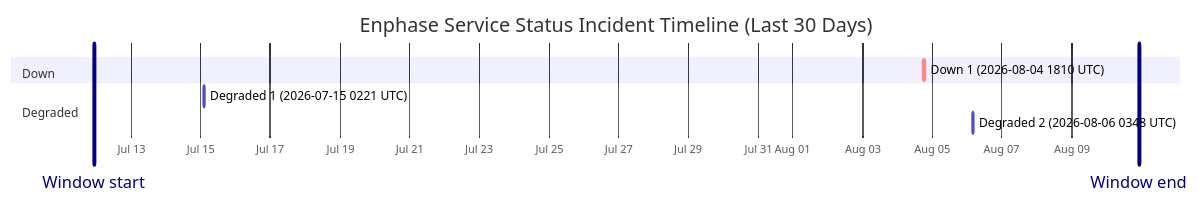
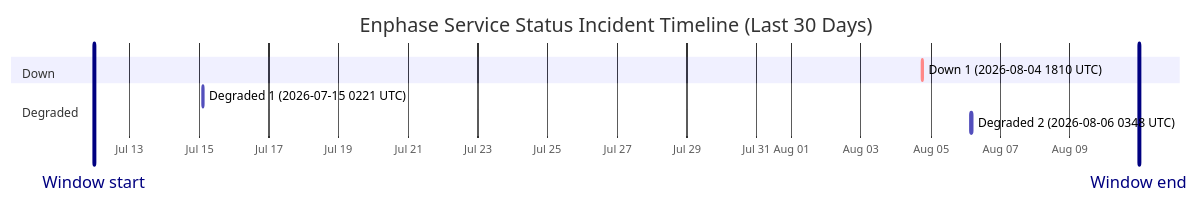
Before and after one commit to barneyonline/ha-enphase-energy: the diagram in wiki/Service-Status-History.md, drawn with Mermaid. The commit also changed other lines of this file and 3 other files, not shown here.

````diff
--- a/wiki/Service-Status-History.md
+++ b/wiki/Service-Status-History.md
@@ -14,13 +14,13 @@
 ```mermaid
 gantt
     title Enphase Service Status Incident Timeline (Last 30 Days)
     dateFormat  YYYY-MM-DDTHH:mm:ss
     axisFormat  %b %d
-    Window start :vert, window-start, 2026-07-11T22:35:12, 0ms
-    Window end :vert, window-end, 2026-08-10T22:35:12, 0ms
+    Window start :vert, window-start, 2026-07-11T23:33:02, 0ms
+    Window end :vert, window-end, 2026-08-10T23:33:02, 0ms
     section Down
     Down 1 (2026-08-04 1810 UTC) :crit, down-1, 2026-08-04T18:10:46, 60m
     section Degraded
     Degraded 1 (2026-07-15 0221 UTC) :active, degraded-1, 2026-07-15T02:21:35, 60m
     Degraded 2 (2026-08-06 0348 UTC) :active, degraded-2, 2026-08-06T03:48:14, 60m
 ```
````
